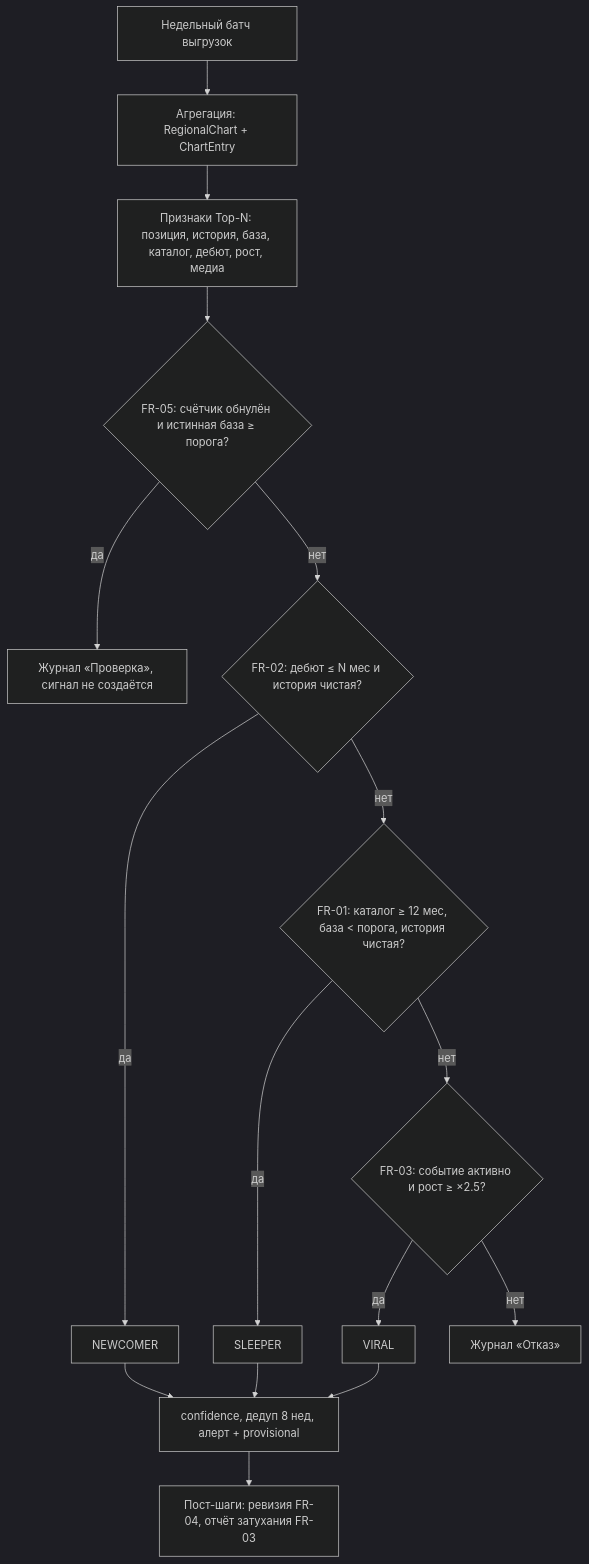
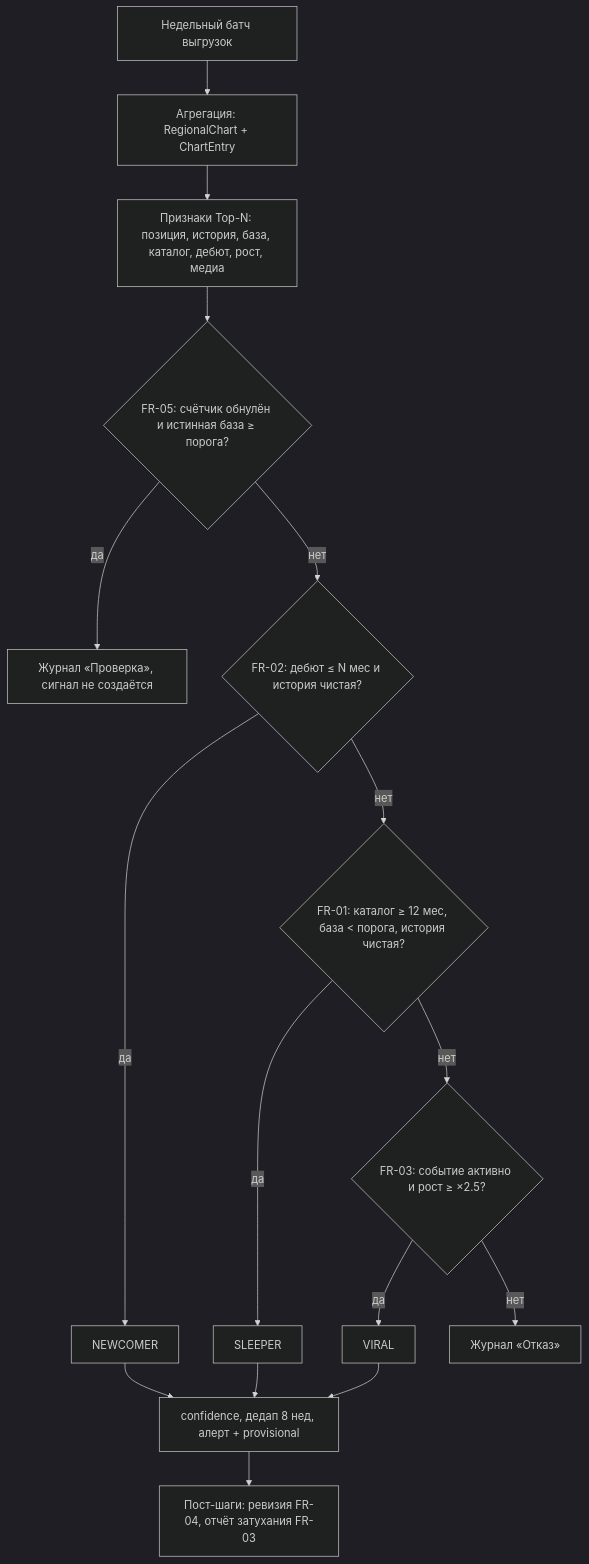
One commit to LyoShinCode/trendscout changed the second of 5 diagrams in docs/13-diagrams.md. Above: the diagram before and after it, drawn with Mermaid (dark theme).

Commit message:
13-diagrams added;

````diff
--- a/docs/13-diagrams.md
+++ b/docs/13-diagrams.md
@@ -29,18 +29,18 @@
 ```mermaid
 flowchart TD
     A[Недельный батч выгрузок] --> B[Агрегация: RegionalChart + ChartEntry]
     B --> C[Признаки Top-N: позиция, история, база, каталог, дебют, рост, медиа]
     C --> D{FR-05: счётчик обнулён и истинная база ≥ порога?}
     D -- да --> E[Журнал «Проверка», сигнал не создаётся]
     D -- нет --> F{FR-02: дебют ≤ N мес и история чистая?}
     F -- да --> G[NEWCOMER]
     F -- нет --> H{FR-01: каталог ≥ 12 мес, база < порога, история чистая?}
     H -- да --> I[SLEEPER]
     H -- нет --> J{FR-03: событие активно и рост ≥ ×2.5?}
     J -- да --> K[VIRAL]
     J -- нет --> L[Журнал «Отказ»]
-    G --> M[confidence, дедуп 8 нед, алерт + provisional]
+    G --> M[confidence, дедап 8 нед, алерт + provisional]
     I --> M
     K --> M
     M --> N[Пост-шаги: ревизия FR-04, отчёт затухания FR-03]
 ```
````
